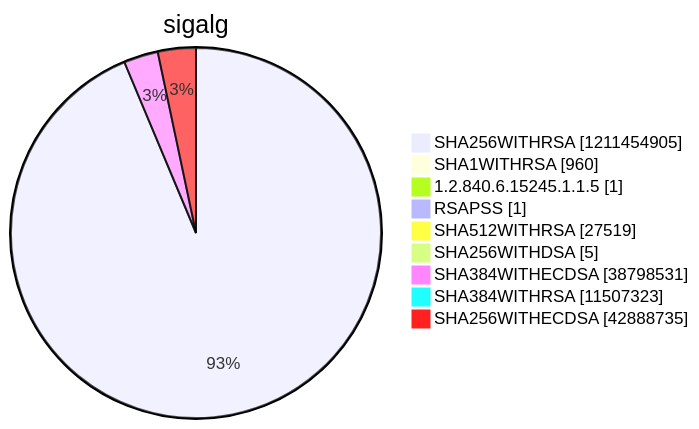
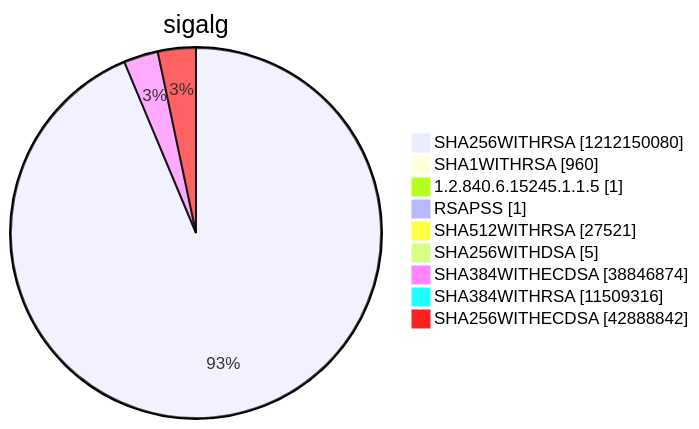
One commit to christiankrug/ctmonitor_visualization changed diagram 15 of 15 in argon2022/README.md. Above: the diagram before and after it, drawn with Mermaid. The commit also changed other lines of this file, not shown here.

````diff
--- a/argon2022/README.md
+++ b/argon2022/README.md
@@ -5520,13 +5520,13 @@
 ```mermaid
 pie showData
 title sigalg
-"SHA256WITHRSA" :1211454905
+"SHA256WITHRSA" :1212150080
 "SHA1WITHRSA" :960
 "1.2.840.6.15245.1.1.5" :1
 "RSAPSS" :1
-"SHA512WITHRSA" :27519
+"SHA512WITHRSA" :27521
 "SHA256WITHDSA" :5
-"SHA384WITHECDSA" :38798531
-"SHA384WITHRSA" :11507323
-"SHA256WITHECDSA" :42888735
+"SHA384WITHECDSA" :38846874
+"SHA384WITHRSA" :11509316
+"SHA256WITHECDSA" :42888842
 ```
````
